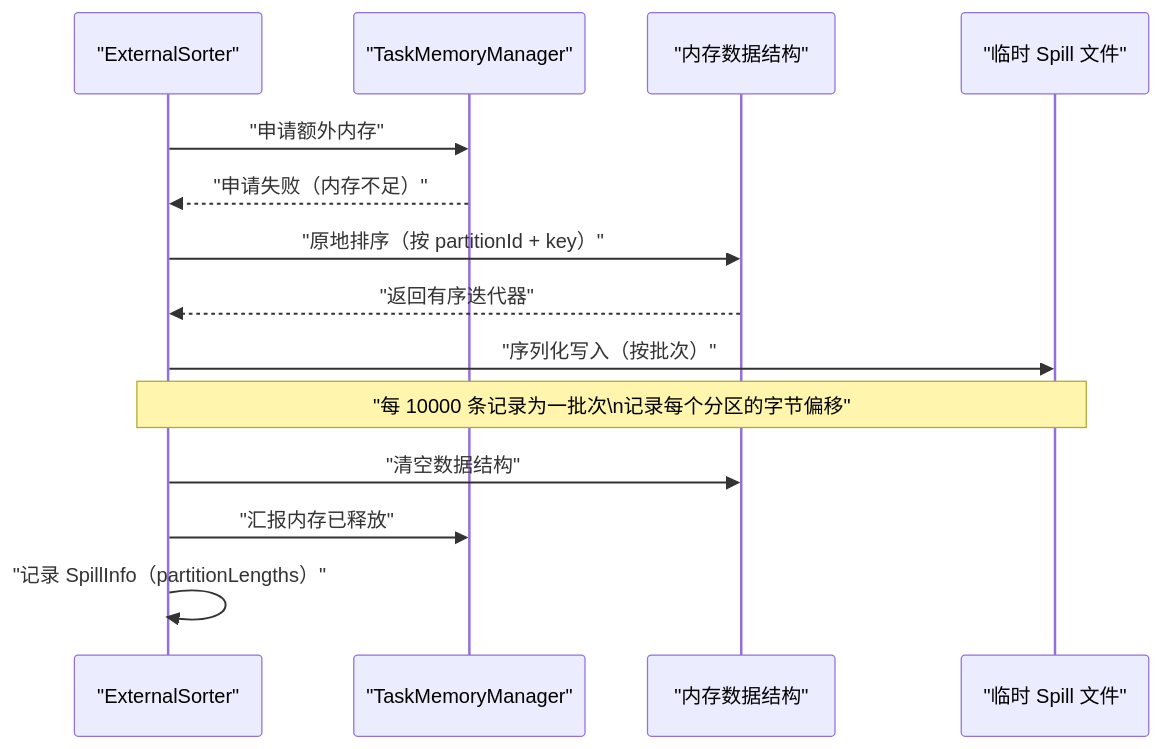
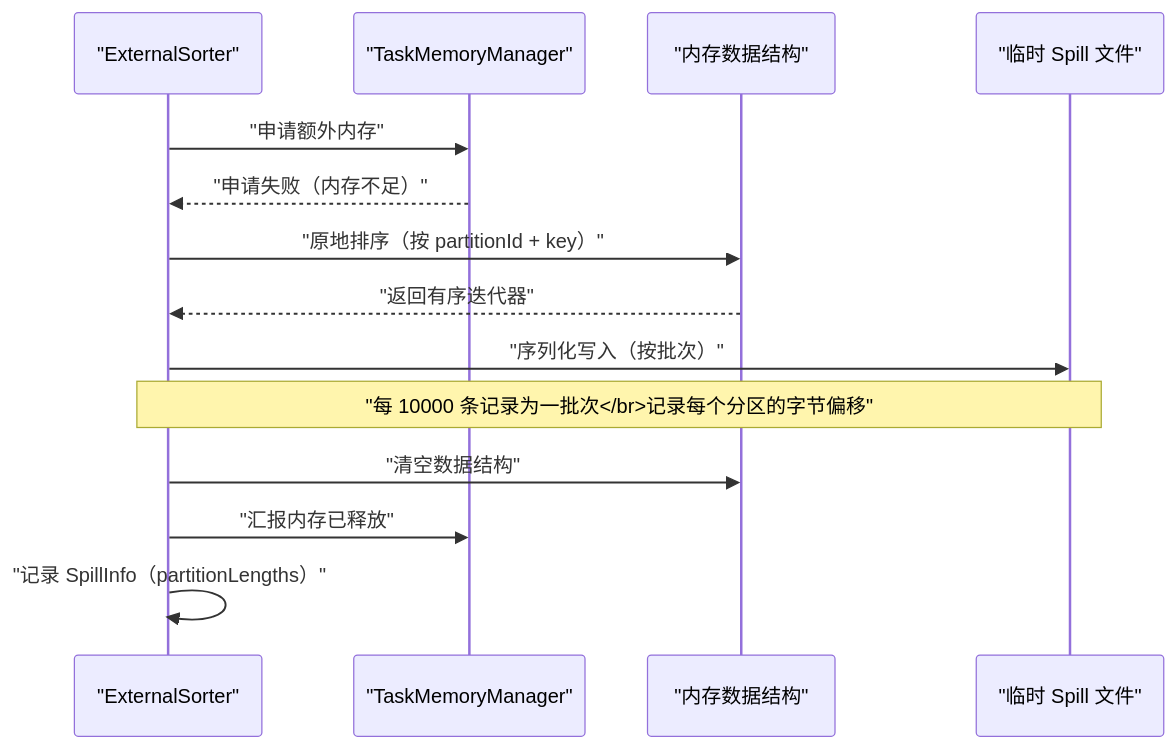
One commit to hpliStartAgain/my-brain changed the first of 3 diagrams in content/大数据/Spark/Spark-Shuffle与内存管理机制深度解析/04 Shuffle Write 深度解剖：排序、合并与索引文件.md. Above: the diagram before and after it, drawn with Mermaid. The commit also changed other lines of this file and 202 other files, not shown here.

````diff
--- a/content/大数据/Spark/Spark-Shuffle与内存管理机制深度解析/04 Shuffle Write 深度解剖：排序、合并与索引文件.md
+++ b/content/大数据/Spark/Spark-Shuffle与内存管理机制深度解析/04 Shuffle Write 深度解剖：排序、合并与索引文件.md
@@ -192,18 +192,18 @@
 ```mermaid
 %%{init: {"theme": "dracula", "themeVariables": {"primaryColor": "#6272a4", "primaryTextColor": "#f8f8f2", "primaryBorderColor": "#bd93f9", "lineColor": "#ff79c6", "secondaryColor": "#44475a", "tertiaryColor": "#282a36"}}}%%
 sequenceDiagram
     participant ES as "ExternalSorter"
     participant TMM as "TaskMemoryManager"
     participant DS as "内存数据结构"
     participant DISK as "临时 Spill 文件"
 
     ES->>TMM: "申请额外内存"
     TMM-->>ES: "申请失败（内存不足）"
     ES->>DS: "原地排序（按 partitionId + key）"
     DS-->>ES: "返回有序迭代器"
     ES->>DISK: "序列化写入（按批次）"
-    Note over ES,DISK: "每 10000 条记录为一批次\n记录每个分区的字节偏移"
+    Note over ES,DISK: "每 10000 条记录为一批次</br>记录每个分区的字节偏移"
     ES->>DS: "清空数据结构"
     ES->>TMM: "汇报内存已释放"
     ES->>ES: "记录 SpillInfo（partitionLengths）"
 ```
````
